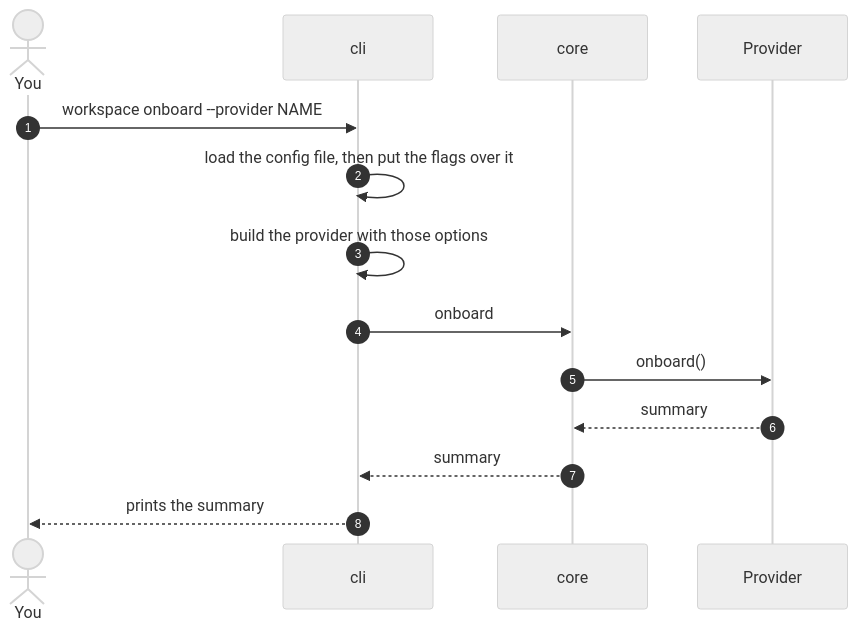
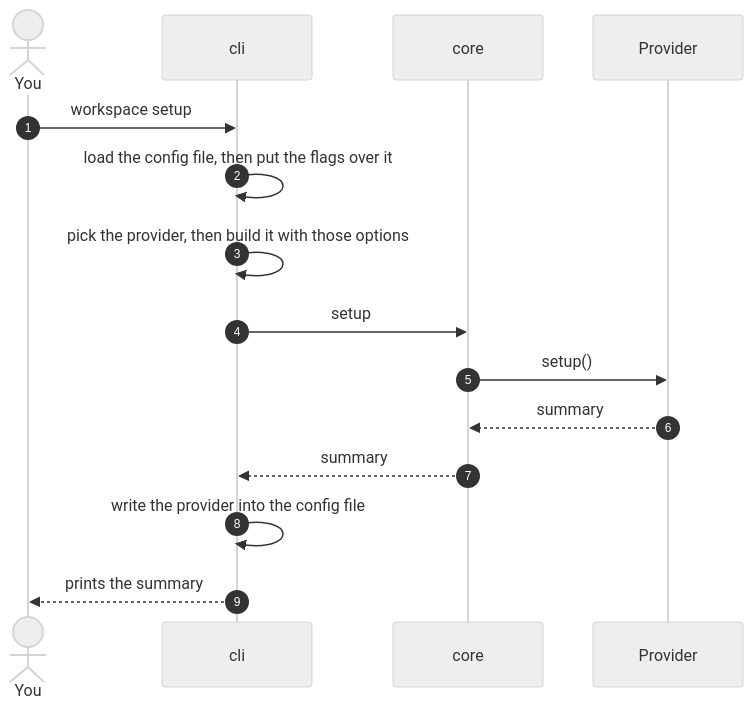
Before and after one commit to NextNodeSolutions/workspace: the second of 6 diagrams in docs/architecture.md, drawn with Mermaid (neutral theme). The commit also changed other lines of this file and 28 other files, not shown here.

First line of the commit message:
feat: setup once, then start, stop and list VMs by name (#5)

````diff
--- a/docs/architecture.md
+++ b/docs/architecture.md
@@ -41,16 +41,17 @@
 ```mermaid
 sequenceDiagram
     autonumber
     actor You
     participant CLI as cli
     participant Core as core
     participant P as Provider
-    You->>CLI: workspace onboard --provider NAME
+    You->>CLI: workspace setup
     CLI->>CLI: load the config file, then put the flags over it
-    CLI->>CLI: build the provider with those options
-    CLI->>Core: onboard
-    Core->>P: onboard()
+    CLI->>CLI: pick the provider, then build it with those options
+    CLI->>Core: setup
+    Core->>P: setup()
     P-->>Core: summary
     Core-->>CLI: summary
+    CLI->>CLI: write the provider into the config file
     CLI-->>You: prints the summary
 ```
````
